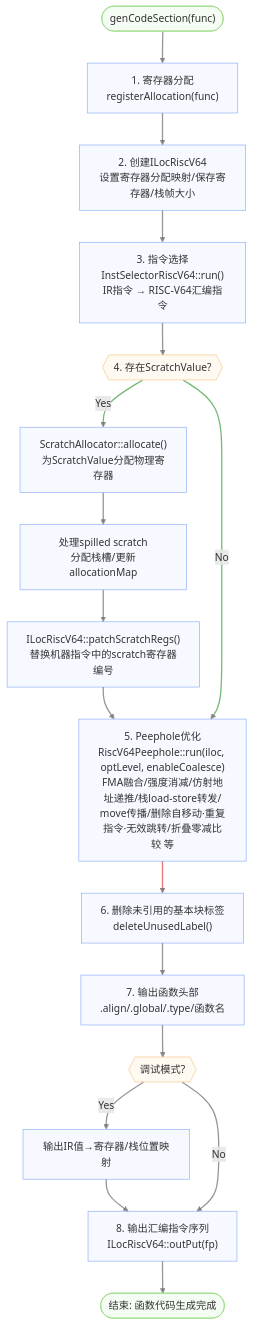
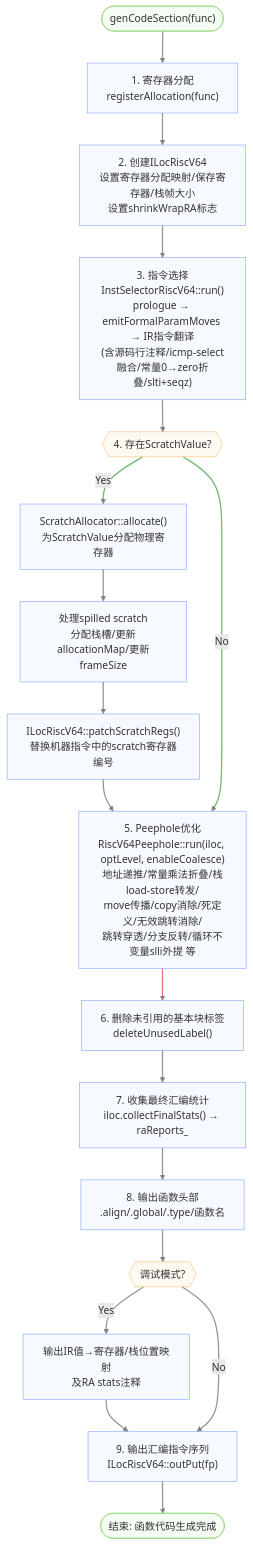
Before and after one commit to LLLLLLLLazy/compiler-lite: the third of 4 diagrams in docs/backend-overview.md, drawn with Mermaid. The commit also changed other lines of this file and 6 other files, not shown here.

````diff
--- a/docs/backend-overview.md
+++ b/docs/backend-overview.md
@@ -66,40 +66,42 @@
 ```mermaid
 flowchart TD
     Start(["genCodeSection(func)"]) --> RegAlloc["1. 寄存器分配<br>registerAllocation(func)"]
 
-    RegAlloc --> CreateILoc["2. 创建ILocRiscV64<br>设置寄存器分配映射/保存寄存器/栈帧大小"]
+    RegAlloc --> CreateILoc["2. 创建ILocRiscV64<br>设置寄存器分配映射/保存寄存器/栈帧大小<br>设置shrinkWrapRA标志"]
 
-    CreateILoc --> InstSelect["3. 指令选择<br>InstSelectorRiscV64::run()<br>IR指令 → RISC-V64汇编指令"]
+    CreateILoc --> InstSelect["3. 指令选择<br>InstSelectorRiscV64::run()<br>prologue → emitFormalParamMoves → IR指令翻译<br>(含源码行注释/icmp-select融合/常量0→zero折叠/slti+seqz)"]
 
     InstSelect --> ScratchCheck{{"4. 存在ScratchValue?"}}
     ScratchCheck -- "Yes" --> ScratchAlloc["ScratchAllocator::allocate()<br>为ScratchValue分配物理寄存器"]
-    ScratchAlloc --> ScratchProcess["处理spilled scratch<br>分配栈槽/更新allocationMap"]
+    ScratchAlloc --> ScratchProcess["处理spilled scratch<br>分配栈槽/更新allocationMap/更新frameSize"]
     ScratchProcess --> Patchup["ILocRiscV64::patchScratchRegs()<br>替换机器指令中的scratch寄存器编号"]
     Patchup --> CleanLabel
 
-    ScratchCheck -- "No" --> CleanLabel["5. Peephole优化<br>RiscV64Peephole::run(iloc, optLevel, enableCoalesce)<br>FMA融合/强度消减/仿射地址递推/栈load-store转发/<br>move传播/删除自移动·重复指令·无效跳转/折叠零减比较 等"]
+    ScratchCheck -- "No" --> CleanLabel["5. Peephole优化<br>RiscV64Peephole::run(iloc, optLevel, enableCoalesce)<br>地址递推/常量乘法折叠/栈load-store转发/<br>move传播/copy消除/死定义/无效跳转消除/<br>跳转穿透/分支反转/循环不变量slli外提 等"]
 
-    CleanLabel --> Peephole["6. 删除未引用的基本块标签<br>deleteUnusedLabel()"]
+    CleanLabel --> UnusedLabel["6. 删除未引用的基本块标签<br>deleteUnusedLabel()"]
 
-    Peephole --> Output["7. 输出函数头部<br>.align/.global/.type/函数名"]
+    UnusedLabel --> CollectStats["7. 收集最终汇编统计<br>iloc.collectFinalStats() → raReports_"]
+
+    CollectStats --> Output["8. 输出函数头部<br>.align/.global/.type/函数名"]
     Output --> DebugCheck{{"调试模式?"}}
-    DebugCheck -- "Yes" --> DebugOut["输出IR值→寄存器/栈位置映射"]
+    DebugCheck -- "Yes" --> DebugOut["输出IR值→寄存器/栈位置映射<br>及RA stats注释"]
     DebugOut --> AsmOut
-    DebugCheck -- "No" --> AsmOut["8. 输出汇编指令序列<br>ILocRiscV64::outPut(fp)"]
+    DebugCheck -- "No" --> AsmOut["9. 输出汇编指令序列<br>ILocRiscV64::outPut(fp)"]
     AsmOut --> End(["结束: 函数代码生成完成"])
 
     %%Node styles
     classDef default fill:#E2EAFE4F,stroke:#5A88F6AF
     classDef endNode fill:#DDF4D84F,stroke:#7DCF62AF
     classDef decisionNode fill:#FCEBD34f,stroke:#F6AA4BAF
 
     %%Link styles
     linkStyle default stroke:#666666AF,stroke-width:2px
     linkStyle 4 stroke:#339933AF,stroke-width:2px
     linkStyle 8 stroke:#339933AF,stroke-width:2px
     linkStyle 9 stroke:#DD3333AF,stroke-width:2px
 
     %%Node classes
     class Start,End endNode
     class ScratchCheck,DebugCheck decisionNode
 ```
````
